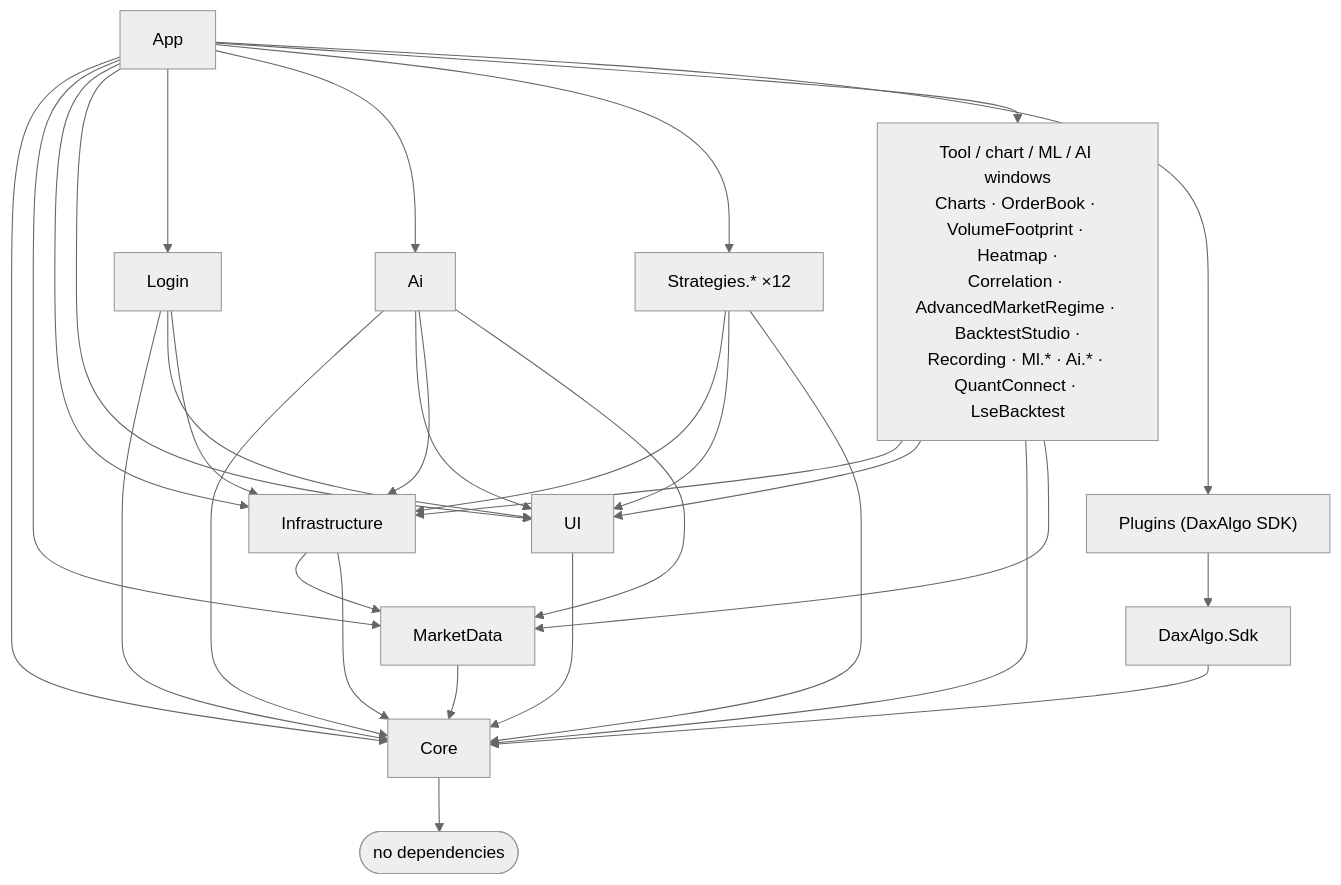
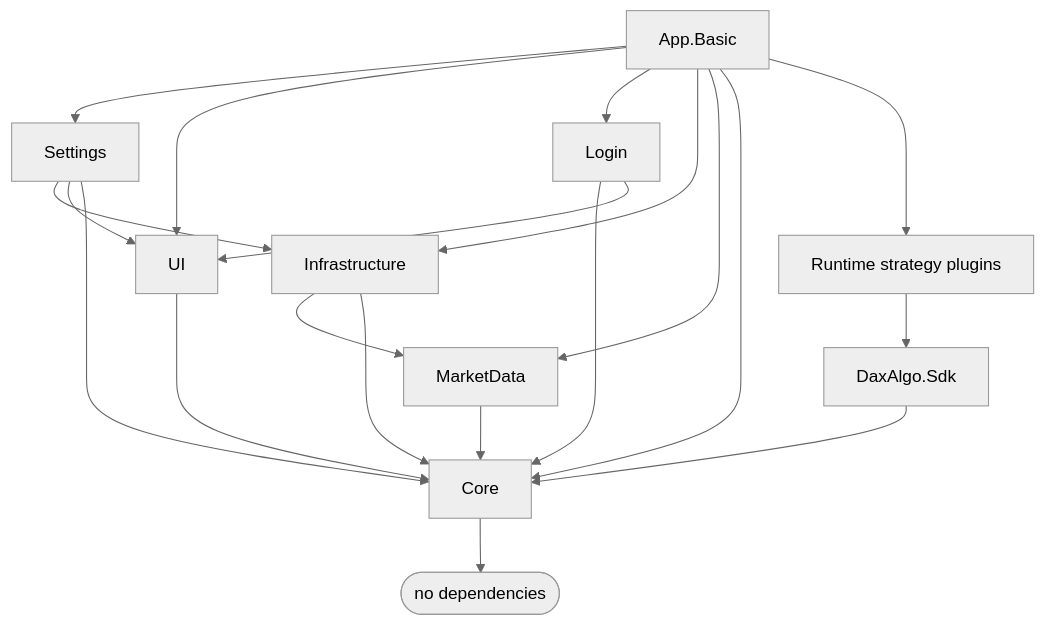
One commit to dhruuvsharma/DaxAlgo-Terminal changed the second of 2 diagrams in README.md. Above: the diagram before and after it, drawn with Mermaid (neutral theme). The commit also changed other lines of this file and 346 other files, not shown here.

````diff
--- a/README.md
+++ b/README.md
@@ -293,16 +272,12 @@
 ```mermaid
 flowchart TD
-    App --> Core & MarketData & Infrastructure & UI & Login & Ai
-    App --> Strategies["Strategies.* ×12"]
-    App --> ToolWins["Tool / chart / ML / AI windows<br/>Charts · OrderBook · VolumeFootprint · Heatmap ·<br/>Correlation · AdvancedMarketRegime · BacktestStudio ·<br/>Recording · Ml.* · Ai.* · QuantConnect · LseBacktest"]
-    App --> Plugins["Plugins (DaxAlgo SDK)"]
-    Login --> Core & UI & Infrastructure
-    Ai --> Core & UI & Infrastructure & MarketData
-    Strategies --> Infrastructure & UI & Core
-    ToolWins --> Infrastructure & UI & Core & MarketData
-    Plugins --> SDK[DaxAlgo.Sdk] --> Core
+    App[App.Basic] --> Settings & UI & Login & Infrastructure & MarketData & Core
+    Login --> Core & UI
+    Settings --> Infrastructure & UI & Core
+    Plugins[Runtime strategy plugins] --> SDK[DaxAlgo.Sdk] --> Core
+    App --> Plugins
     Infrastructure --> MarketData & Core
     MarketData --> Core
     UI --> Core
     Core --> Nothing([no dependencies])
 ```
````
